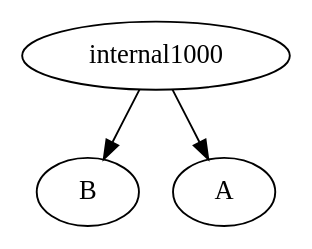
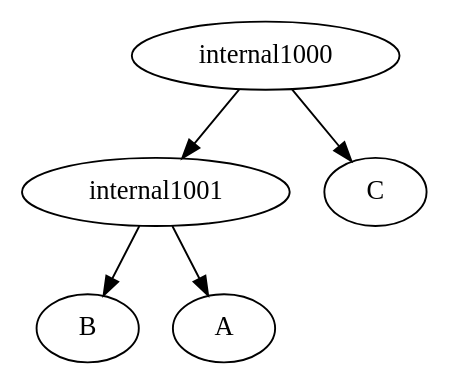
One commit to solislemuslab/phylo-knit changed the diagram in src/Server/upload.dot. Above: the diagram before and after it, drawn with Graphviz. The commit also changed 3 other files, not shown here.

```diff
--- a/src/Server/upload.dot
+++ b/src/Server/upload.dot
@@ -1,4 +1,6 @@
 strict digraph G1 {
-internal1000 -> B
-internal1000 -> A
+internal1001 -> B
+internal1001 -> A
+internal1000 -> C
+internal1000 -> internal1001
 }
```
